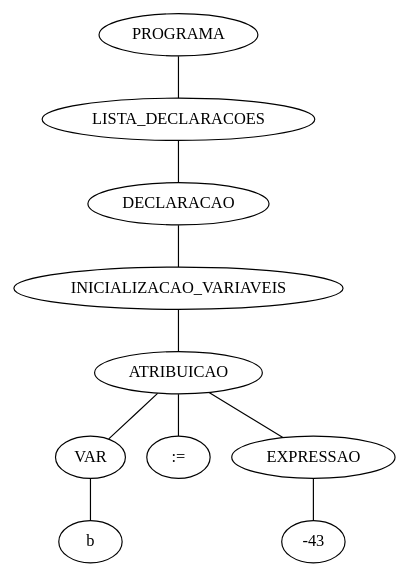
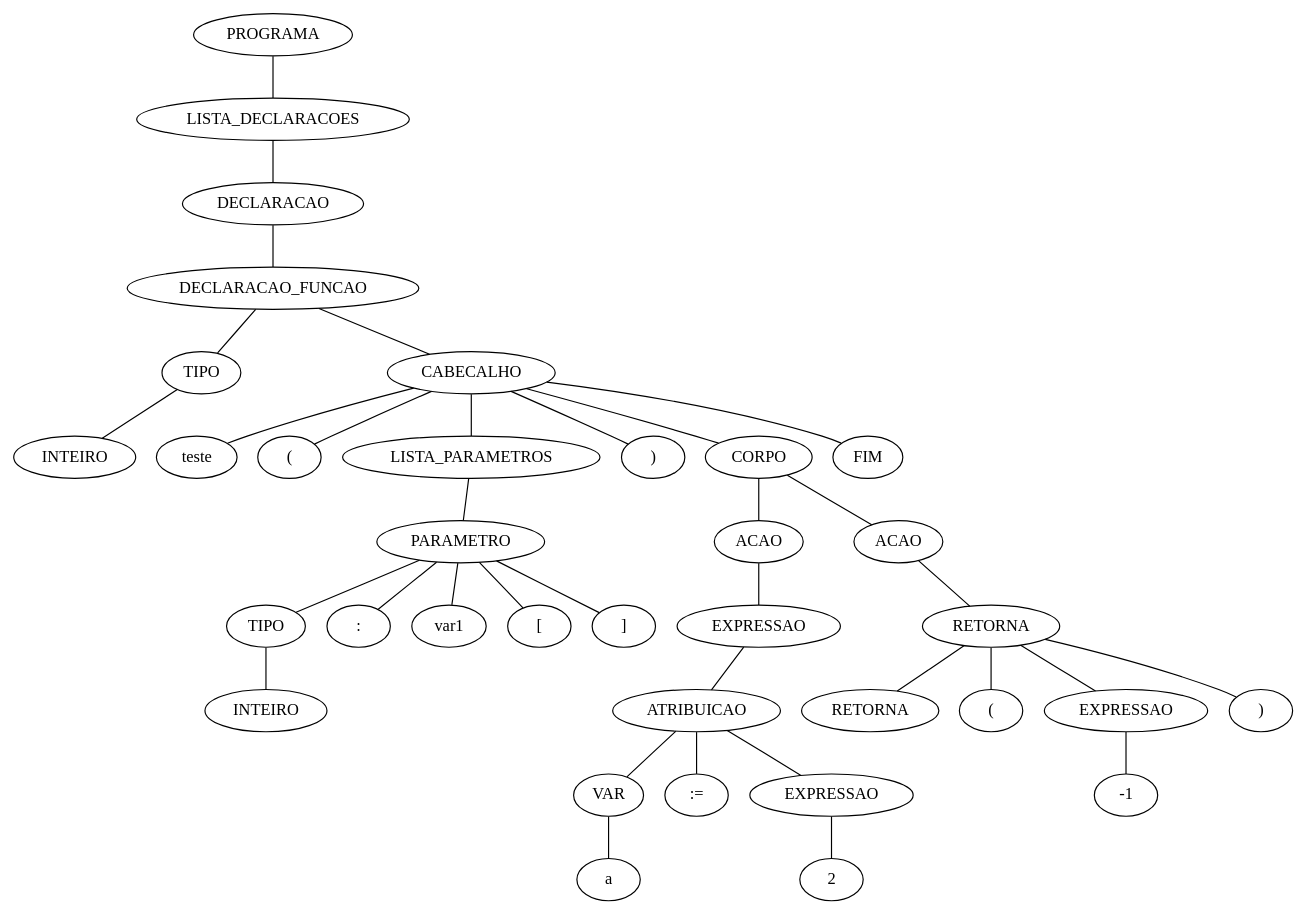
The diagram in tree.dot (DanielVenturini/VCC), drawn with Graphviz before and after one commit. The commit also changed 3 other files, not shown here.

```diff
--- a/tree.dot
+++ b/tree.dot
@@ -1,30 +1,105 @@
 strict graph G {
-    16253616 [label="PROGRAMA"];
-    16253712 [label="LISTA_DECLARACOES"];
-    16253616 -- 16253712;
-    16253712 [label="LISTA_DECLARACOES"];
-    16253808 [label="DECLARACAO"];
-    16253712 -- 16253808;
-    16253808 [label="DECLARACAO"];
-    16253936 [label="INICIALIZACAO_VARIAVEIS"];
-    16253808 -- 16253936;
-    16253936 [label="INICIALIZACAO_VARIAVEIS"];
-    16254032 [label="ATRIBUICAO"];
-    16253936 -- 16254032;
-    16254032 [label="ATRIBUICAO"];
-    16254128 [label="VAR"];
-    16254032 -- 16254128;
-    16254320 [label=":="];
-    16254032 -- 16254320;
-    16254512 [label="EXPRESSAO"];
-    16254032 -- 16254512;
-    16254128 [label="VAR"];
-    16254224 [label="b"];
-    16254128 -- 16254224;
-    16254224 [label="b"];
-    16254320 [label=":="];
-    16254512 [label="EXPRESSAO"];
-    16248848 [label="-43"];
-    16254512 -- 16248848;
-    16248848 [label="-43"];
+    17044144 [label="PROGRAMA"];
+    17044240 [label="LISTA_DECLARACOES"];
+    17044144 -- 17044240;
+    17044240 [label="LISTA_DECLARACOES"];
+    17044336 [label="DECLARACAO"];
+    17044240 -- 17044336;
+    17044336 [label="DECLARACAO"];
+    17044464 [label="DECLARACAO_FUNCAO"];
+    17044336 -- 17044464;
+    17044464 [label="DECLARACAO_FUNCAO"];
+    17044560 [label="TIPO"];
+    17044464 -- 17044560;
+    17044752 [label="CABECALHO"];
+    17044464 -- 17044752;
+    17044560 [label="TIPO"];
+    17044656 [label="INTEIRO"];
+    17044560 -- 17044656;
+    17044656 [label="INTEIRO"];
+    17044752 [label="CABECALHO"];
+    17044848 [label="teste"];
+    17044752 -- 17044848;
+    17044976 [label="("];
+    17044752 -- 17044976;
+    17045136 [label="LISTA_PARAMETROS"];
+    17044752 -- 17045136;
+    17045280 [label=")"];
+    17044752 -- 17045280;
+    17046256 [label="CORPO"];
+    17044752 -- 17046256;
+    17044800 [label="FIM"];
+    17044752 -- 17044800;
+    17044848 [label="teste"];
+    17044976 [label="("];
+    17045136 [label="LISTA_PARAMETROS"];
+    17045232 [label="PARAMETRO"];
+    17045136 -- 17045232;
+    17045232 [label="PARAMETRO"];
+    17045328 [label="TIPO"];
+    17045232 -- 17045328;
+    17045552 [label=":"];
+    17045232 -- 17045552;
+    17045680 [label="var1"];
+    17045232 -- 17045680;
+    17045840 [label="["];
+    17045232 -- 17045840;
+    17045936 [label="]"];
+    17045232 -- 17045936;
+    17045328 [label="TIPO"];
+    17045424 [label="INTEIRO"];
+    17045328 -- 17045424;
+    17045424 [label="INTEIRO"];
+    17045552 [label=":"];
+    17045680 [label="var1"];
+    17045840 [label="["];
+    17045936 [label="]"];
+    17045280 [label=")"];
+    17046256 [label="CORPO"];
+    17046352 [label="ACAO"];
+    17046256 -- 17046352;
+    17047280 [label="ACAO"];
+    17046256 -- 17047280;
+    17046352 [label="ACAO"];
+    17046448 [label="EXPRESSAO"];
+    17046352 -- 17046448;
+    17046448 [label="EXPRESSAO"];
+    17046576 [label="ATRIBUICAO"];
+    17046448 -- 17046576;
+    17046576 [label="ATRIBUICAO"];
+    17046672 [label="VAR"];
+    17046576 -- 17046672;
+    17046864 [label=":="];
+    17046576 -- 17046864;
+    17047056 [label="EXPRESSAO"];
+    17046576 -- 17047056;
+    17046672 [label="VAR"];
+    17046768 [label="a"];
+    17046672 -- 17046768;
+    17046768 [label="a"];
+    17046864 [label=":="];
+    17047056 [label="EXPRESSAO"];
+    17047184 [label="2"];
+    17047056 -- 17047184;
+    17047184 [label="2"];
+    17047280 [label="ACAO"];
+    17047376 [label="RETORNA"];
+    17047280 -- 17047376;
+    17047376 [label="RETORNA"];
+    17047472 [label="RETORNA"];
+    17047376 -- 17047472;
+    17047600 [label="("];
+    17047376 -- 17047600;
+    17047760 [label="EXPRESSAO"];
+    17047376 -- 17047760;
+    17047984 [label=")"];
+    17047376 -- 17047984;
+    17047472 [label="RETORNA"];
+    17047600 [label="("];
+    17047760 [label="EXPRESSAO"];
+    17047888 [label="-1"];
+    17047760 -- 17047888;
+    17047888 [label="-1"];
+    17047984 [label=")"];
+    17044800 [label="FIM"];
 }
```
